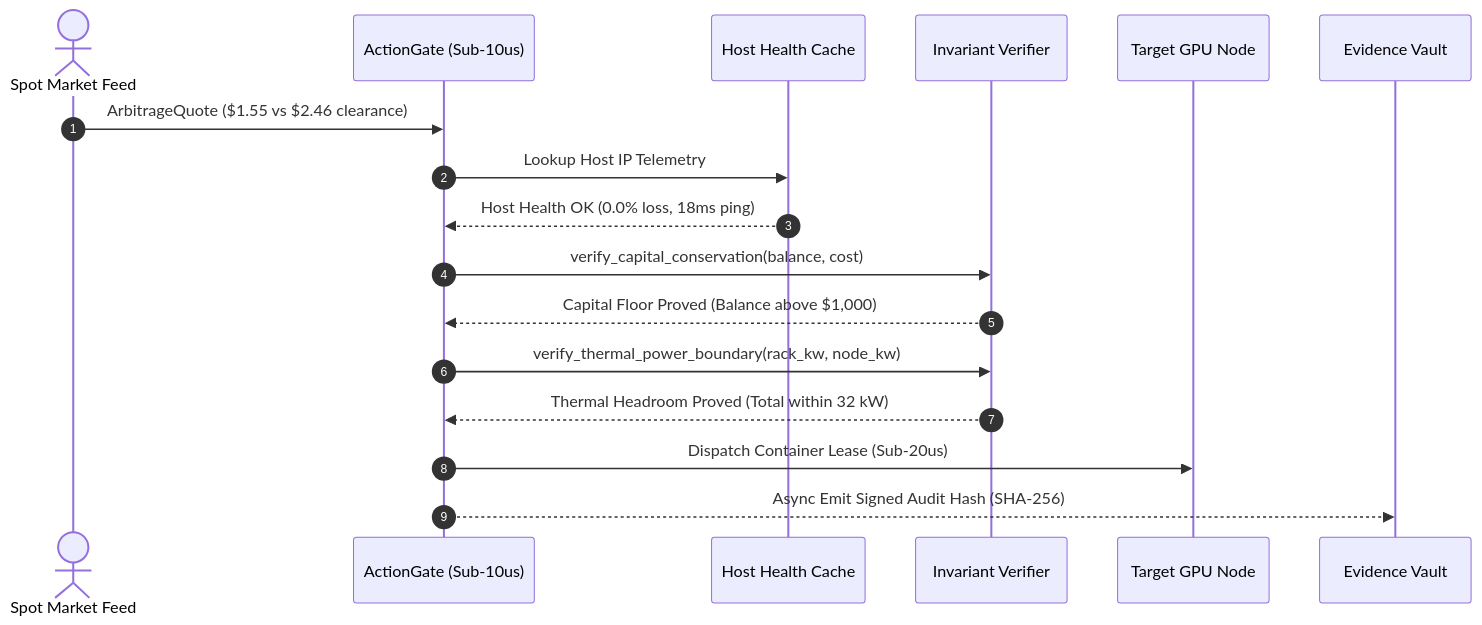
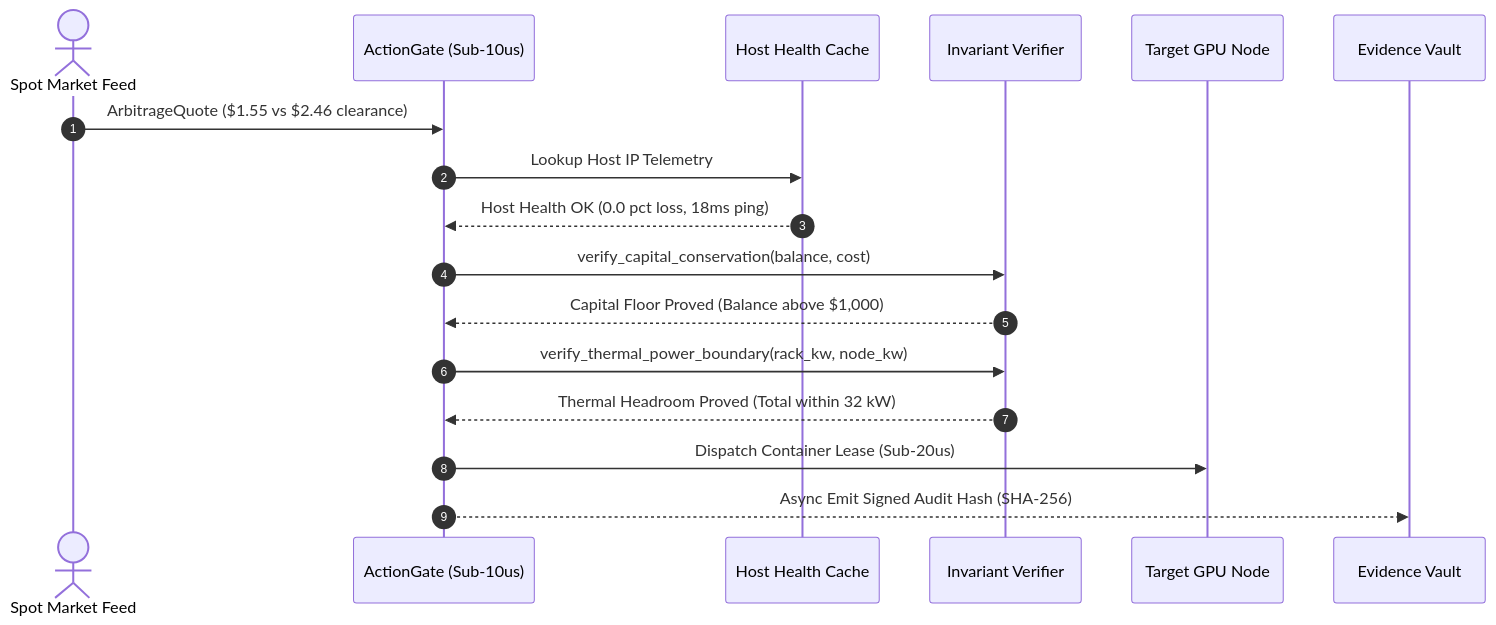
One commit to AAH20/apex-compute-energy-futures changed the first of 3 diagrams in docs/wiki/diagrams/sequences.md. Above: the diagram before and after it, drawn with Mermaid. The commit also changed 19 other files, not shown here.

````diff
--- a/docs/wiki/diagrams/sequences.md
+++ b/docs/wiki/diagrams/sequences.md
@@ -9,20 +9,20 @@
 ```mermaid
 sequenceDiagram
     autonumber
     actor SpotBook as Spot Market Feed
     participant Gate as ActionGate (Sub-10us)
     participant Cache as Host Health Cache
     participant Invariant as Invariant Verifier
     participant Node as Target GPU Node
     participant Vault as Evidence Vault
 
     SpotBook->>Gate: ArbitrageQuote ($1.55 vs $2.46 clearance)
     Gate->>Cache: Lookup Host IP Telemetry
-    Cache-->>Gate: Host Health OK (0.0% loss, 18ms ping)
+    Cache-->>Gate: Host Health OK (0.0 pct loss, 18ms ping)
     Gate->>Invariant: verify_capital_conservation(balance, cost)
     Invariant-->>Gate: Capital Floor Proved (Balance above $1,000)
     Gate->>Invariant: verify_thermal_power_boundary(rack_kw, node_kw)
     Invariant-->>Gate: Thermal Headroom Proved (Total within 32 kW)
     Gate->>Node: Dispatch Container Lease (Sub-20us)
     Gate-->>Vault: Async Emit Signed Audit Hash (SHA-256)
 ```
````
